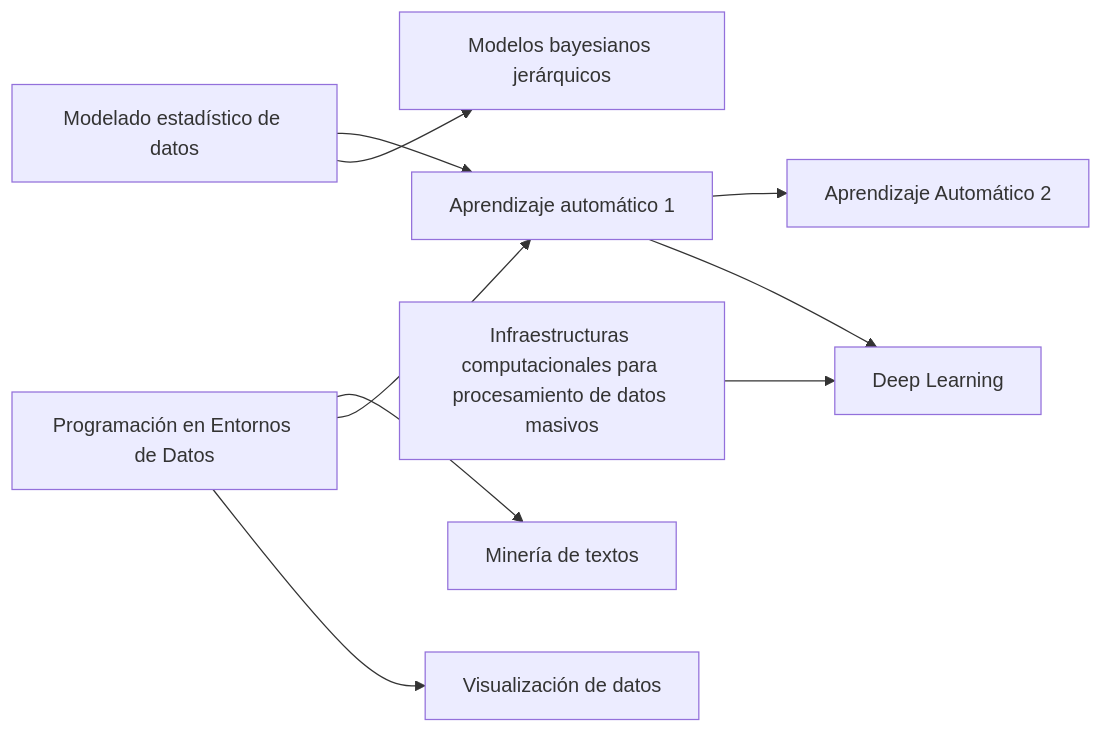
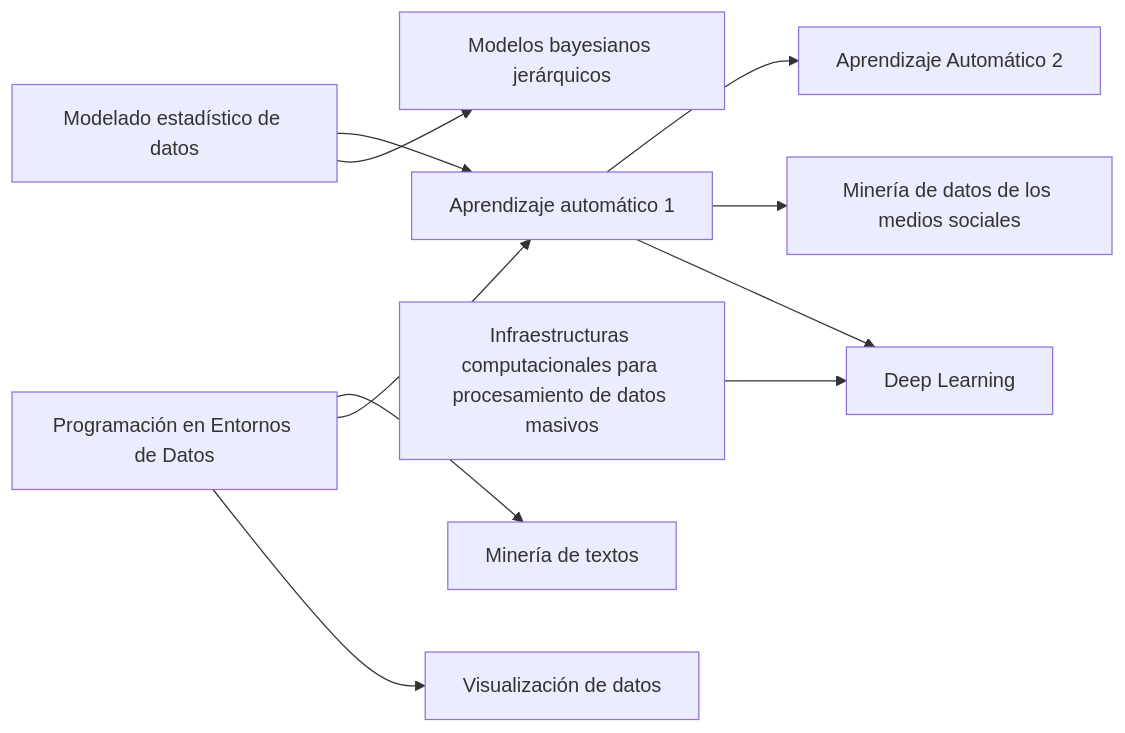
One commit to pmgallardo/apuntes-muicd-uned changed the diagram in master/README.md. Above: the diagram before and after it, drawn with Mermaid. The commit also changed other lines of this file and 1 other file, not shown here.

````diff
--- a/master/README.md
+++ b/master/README.md
@@ -47,11 +47,12 @@
 ```mermaid
 graph LR
    31110018[Modelado estadístico de datos] --> 31110037[Aprendizaje automático 1]
    31110018 --> 31110094[Modelos bayesianos jerárquicos]
    31110022[Programación en Entornos de Datos] --> 31110041[Minería de textos]
    31110022 --> 31110037
    31110022 --> 31110060[Visualización de datos]
    31110037 --> 31110130[Aprendizaje Automático 2]
+   31110037 --> 31110107[Minería de datos de los medios sociales]
    31110037 --> 31110111[Deep Learning]
    31110056[Infraestructuras computacionales para procesamiento de datos masivos] --> 31110111
 ```
````
